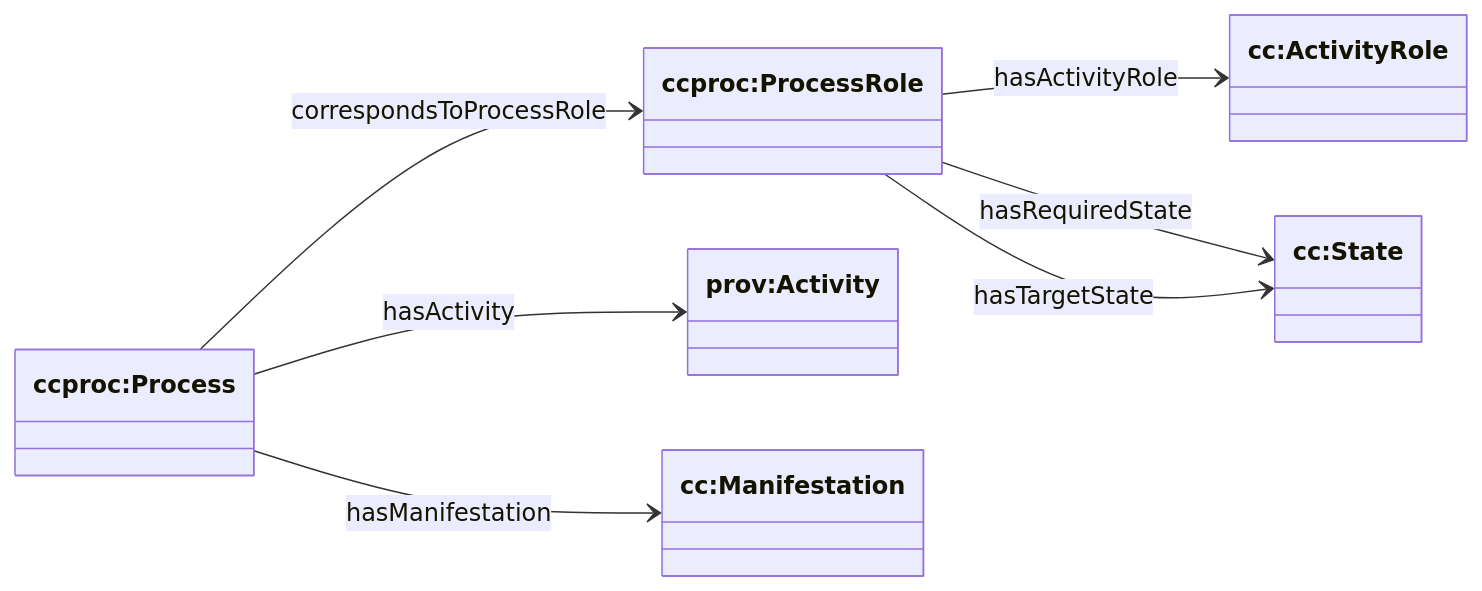
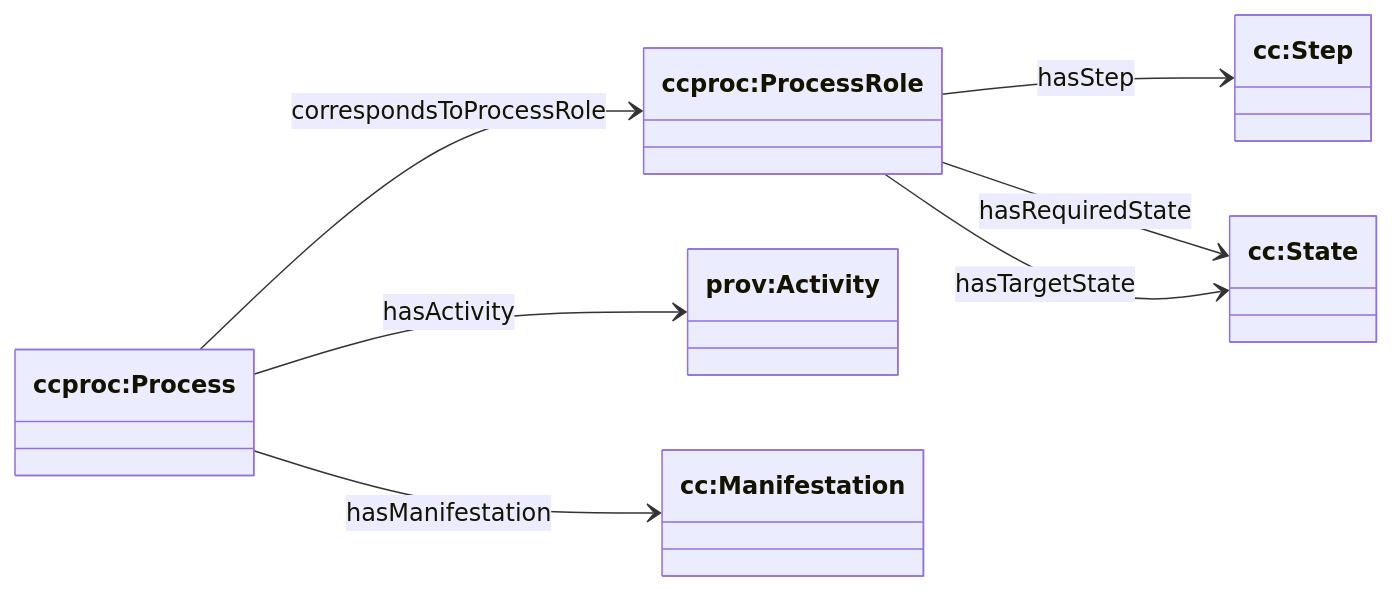
One commit to RichCanvas3/churchcore changed the second of 2 diagrams in packages/churchcore-ontology/docs/ontology/process.md. Above: the diagram before and after it, drawn with Mermaid. The commit also changed other lines of this file and 12 other files, not shown here.

Commit message:
changed ActivityRole to Step

````diff
--- a/packages/churchcore-ontology/docs/ontology/process.md
+++ b/packages/churchcore-ontology/docs/ontology/process.md
@@ -30,20 +30,20 @@
 ```mermaid
 classDiagram
 direction LR
 
 class ccproc_ProcessRole["ccproc:ProcessRole"]
 class ccproc_Process["ccproc:Process"]
-class cc_ActivityRole["cc:ActivityRole"]
+class cc_Step["cc:Step"]
 class cc_State["cc:State"]
 class prov_Activity["prov:Activity"]
 class cc_Manifestation["cc:Manifestation"]
 
 ccproc_Process --> ccproc_ProcessRole : correspondsToProcessRole
 
-ccproc_ProcessRole --> cc_ActivityRole : hasActivityRole
+ccproc_ProcessRole --> cc_Step : hasStep
 ccproc_ProcessRole --> cc_State : hasRequiredState
 ccproc_ProcessRole --> cc_State : hasTargetState
 
 ccproc_Process --> prov_Activity : hasActivity
 ccproc_Process --> cc_Manifestation : hasManifestation
 ```
````
